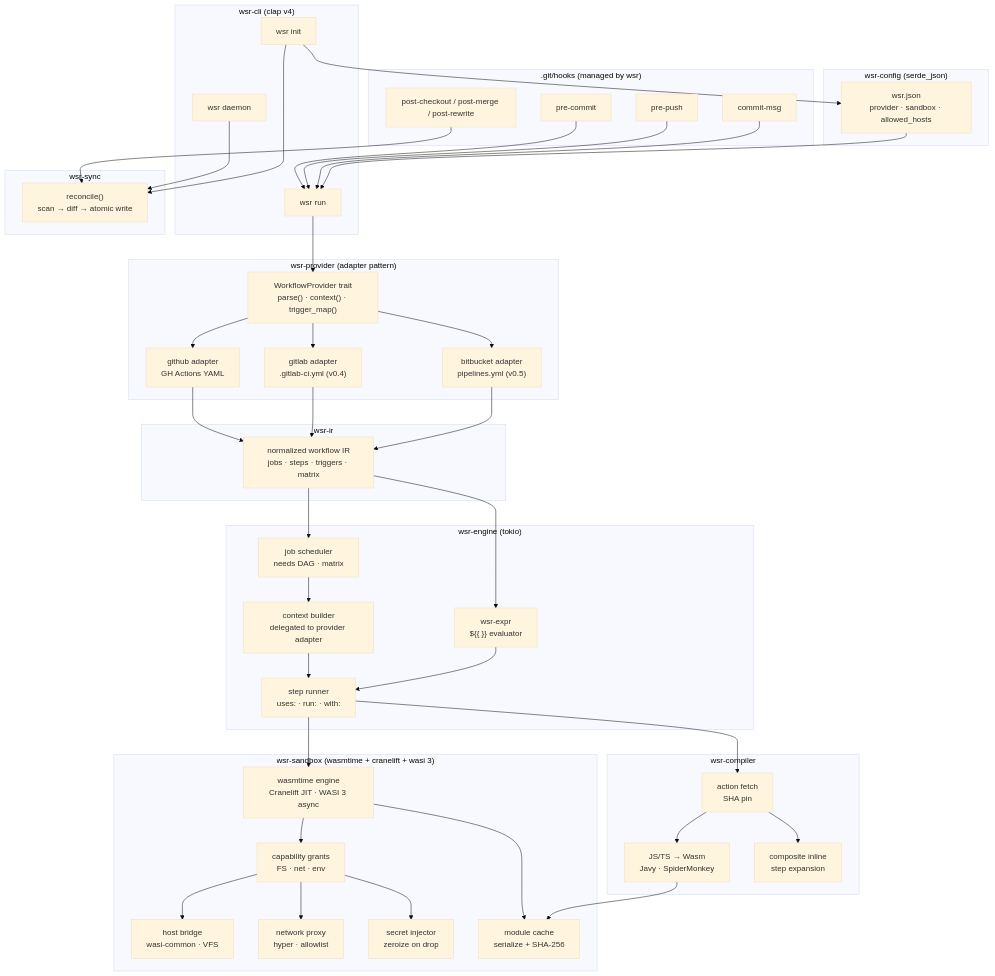
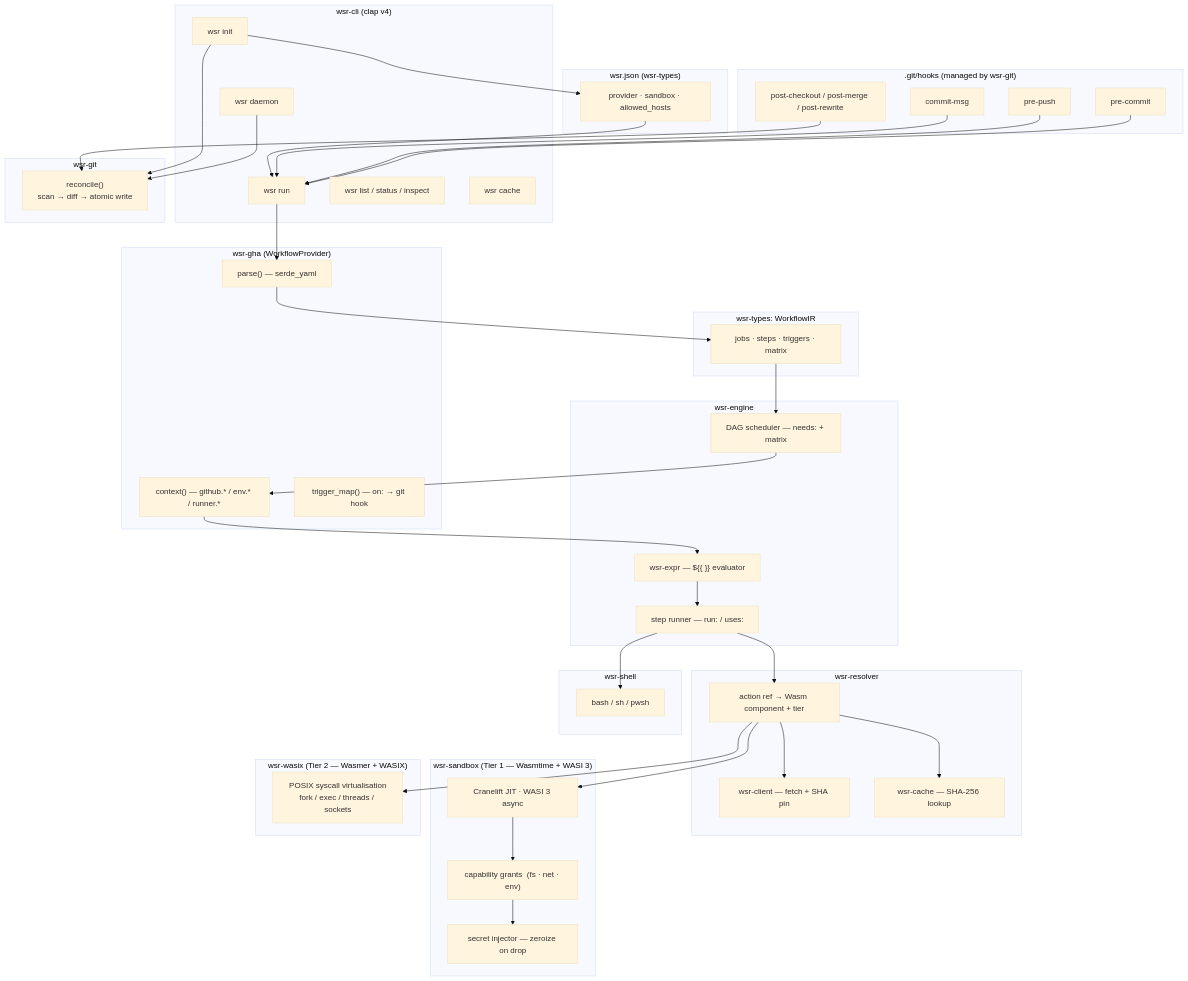
One commit to carlosferreyra/wsr changed the first of 5 diagrams in ARCHITECTURE.md. Above: the diagram before and after it, drawn with Mermaid (base theme). The commit also changed other lines of this file and 45 other files, not shown here.

````diff
--- a/ARCHITECTURE.md
+++ b/ARCHITECTURE.md
@@ -51,6 +66,6 @@
 ```mermaid
 flowchart TD
-    subgraph hooks [".git/hooks  (managed by wsr)"]
+    subgraph hooks [".git/hooks  (managed by wsr-git)"]
         PC[pre-commit]
         PP[pre-push]
         CM[commit-msg]
@@ -61,47 +76,52 @@
         RUN["wsr run"]
         INIT["wsr init"]
         DAEMON["wsr daemon"]
+        LIST["wsr list / status / inspect"]
+        CACHE_CMD["wsr cache"]
     end
 
-    subgraph config ["wsr-config  (serde_json)"]
-        JSON["wsr.json\nprovider · sandbox · allowed_hosts"]
+    subgraph config ["wsr.json  (wsr-types)"]
+        JSON["provider · sandbox · allowed_hosts"]
     end
 
-    subgraph sync ["wsr-sync"]
+    subgraph git ["wsr-git"]
         RECONCILE["reconcile()\nscan → diff → atomic write"]
     end
 
-    subgraph provider ["wsr-provider  (adapter pattern)"]
-        TRAIT["WorkflowProvider trait\nparse() · context() · trigger_map()"]
-        GH["github adapter\nGH Actions YAML"]
-        GL["gitlab adapter\n.gitlab-ci.yml  (v0.4)"]
-        BB["bitbucket adapter\npipelines.yml  (v0.5)"]
+    subgraph provider ["wsr-gha  (WorkflowProvider)"]
+        PARSE["parse() — serde_yaml"]
+        CTX["context() — github.* / env.* / runner.*"]
+        TMAP["trigger_map() — on: → git hook"]
     end
 
-    subgraph ir ["wsr-ir"]
-        IR["normalized workflow IR\njobs · steps · triggers · matrix"]
+    subgraph ir ["wsr-types: WorkflowIR"]
+        IR["jobs · steps · triggers · matrix"]
     end
 
-    subgraph engine ["wsr-engine  (tokio)"]
-        EXPR["wsr-expr\n${{ }} evaluator"]
-        SCHED["job scheduler\nneeds DAG · matrix"]
-        CTX["context builder\ndelegated to provider adapter"]
-        STEP["step runner\nuses: · run: · with:"]
+    subgraph engine ["wsr-engine"]
+        EXPR["wsr-expr — ${{ }} evaluator"]
+        SCHED["DAG scheduler — needs: + matrix"]
+        STEP["step runner — run: / uses:"]
     end
 
-    subgraph sandbox ["wsr-sandbox  (wasmtime + cranelift + wasi 3)"]
-        RT["wasmtime engine\nCranelift JIT · WASI 3 async"]
-        CAP["capability grants\nFS · net · env"]
-        BRIDGE["host bridge\nwasi-common · VFS"]
-        NET["network proxy\nhyper · allowlist"]
-        SEC["secret injector\nzeroize on drop"]
-        CACHE["module cache\nserialize + SHA-256"]
+    subgraph resolver ["wsr-resolver"]
+        RES["action ref → Wasm component + tier"]
+        FETCH["wsr-client — fetch + SHA pin"]
+        CACHELOOKUP["wsr-cache — SHA-256 lookup"]
     end
 
-    subgraph compiler ["wsr-compiler"]
-        JAVY["JS/TS → Wasm\nJavy · SpiderMonkey"]
-        FETCH["action fetch\nSHA pin"]
-        COMP["composite inline\nstep expansion"]
+    subgraph t1 ["wsr-sandbox  (Tier 1 — Wasmtime + WASI 3)"]
+        RT["Cranelift JIT · WASI 3 async"]
+        CAP["capability grants  (fs · net · env)"]
+        SEC["secret injector — zeroize on drop"]
+    end
+
+    subgraph t2 ["wsr-wasix  (Tier 2 — Wasmer + WASIX)"]
+        WASIX["POSIX syscall virtualisation\nfork / exec / threads / sockets"]
+    end
+
+    subgraph shell ["wsr-shell"]
+        SH["bash / sh / pwsh"]
     end
 
     PC & PP & CM --> RUN
@@ -111,23 +131,19 @@
     INIT --> JSON
 
     JSON --> RUN
-    RUN --> TRAIT
-    TRAIT --> GH & GL & BB
-    GH & GL & BB --> IR
-
-    IR --> EXPR
+    RUN --> PARSE
+    PARSE --> IR
     IR --> SCHED
     SCHED --> CTX
-    CTX --> STEP
+    CTX --> EXPR
     EXPR --> STEP
 
-    STEP --> RT
-    RT --> CAP
-    CAP --> BRIDGE & NET & SEC
-    RT --> CACHE
+    STEP --> SH
+    STEP --> RES
+    RES --> FETCH
+    RES --> CACHELOOKUP
+    RES --> RT
+    RES --> WASIX
 
-    STEP --> FETCH
-    FETCH --> JAVY
-    FETCH --> COMP
-    JAVY --> CACHE
+    RT --> CAP --> SEC
 ```
````
